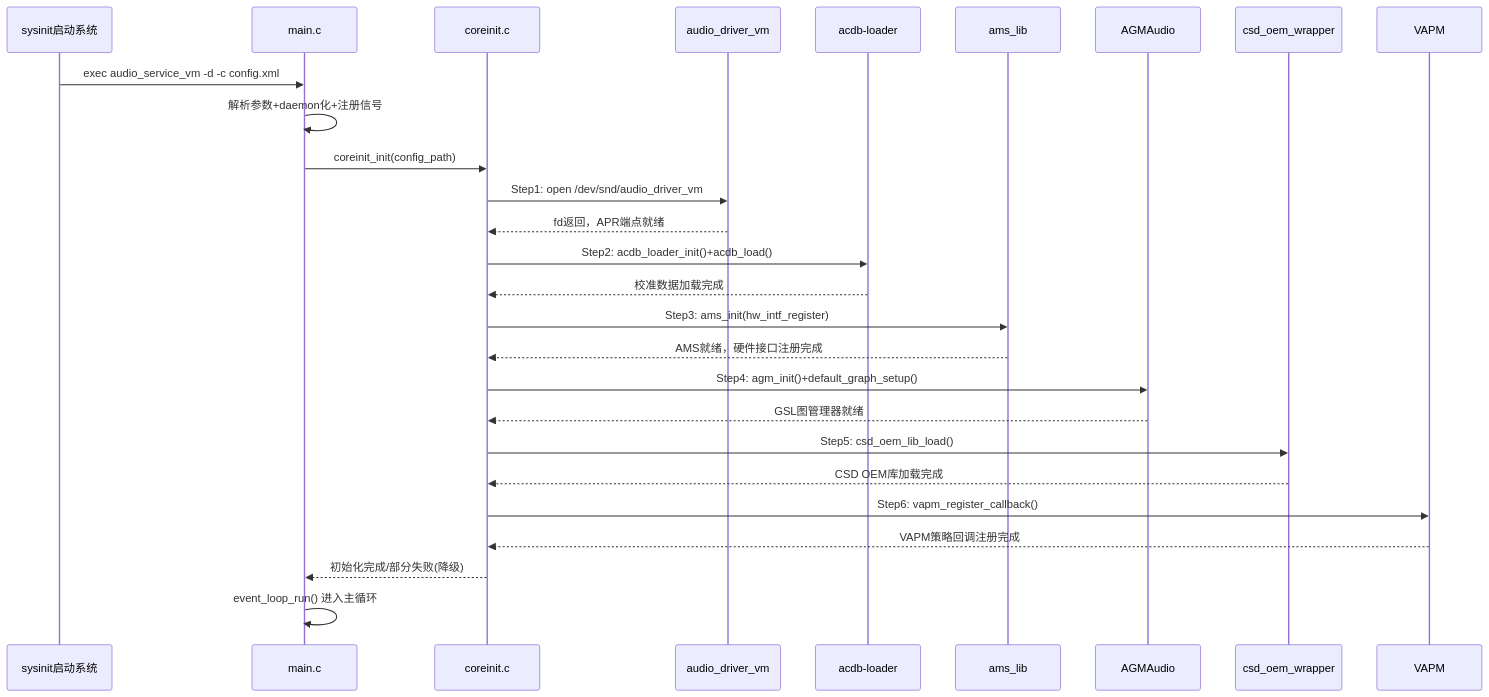
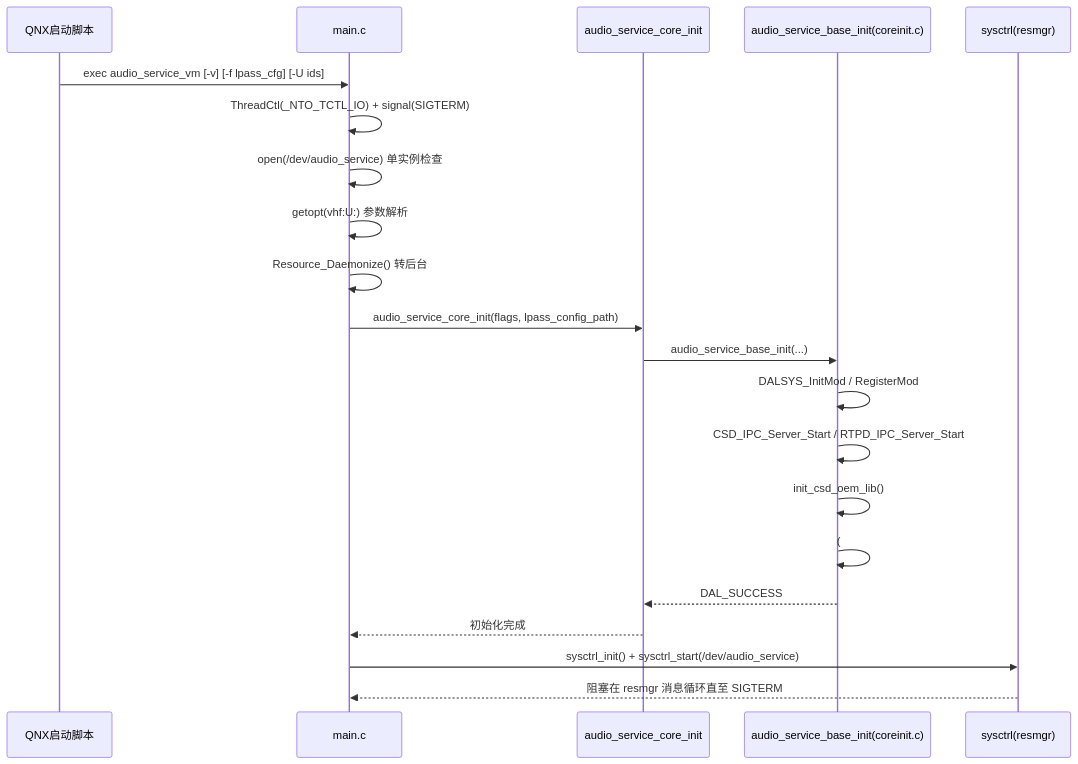
One commit to yanglinzhen1022/SA8295_AAOS_QNX_Audio_KnowledgeBase changed the third of 11 diagrams in 16_Vendor_QNX_Architecture/16_16.17_QNX_audio_service_vm_VM音频服务.md. Above: the diagram before and after it, drawn with Mermaid. The commit also changed other lines of this file and 48 other files, not shown here.

````diff
--- a/16_Vendor_QNX_Architecture/16_16.17_QNX_audio_service_vm_VM音频服务.md
+++ b/16_Vendor_QNX_Architecture/16_16.17_QNX_audio_service_vm_VM音频服务.md
@@ -215,37 +205,24 @@
 ```mermaid
 sequenceDiagram
-    participant sysinit as sysinit启动系统
+    participant boot as QNX启动脚本
     participant main as main.c
-    participant coreinit as coreinit.c
-    participant driver as audio_driver_vm
-    participant acdb as acdb-loader
-    participant ams as ams_lib
-    participant agm as AGMAudio
-    participant csd as csd_oem_wrapper
-    participant vapm as VAPM
+    participant core as audio_service_core_init
+    participant base as audio_service_base_init(coreinit.c)
+    participant sysctrl as sysctrl(resmgr)
 
-    sysinit->>main: exec audio_service_vm -d -c config.xml
-    main->>main: 解析参数+daemon化+注册信号
-    main->>coreinit: coreinit_init(config_path)
-    
-    coreinit->>driver: Step1: open /dev/snd/audio_driver_vm
-    driver-->>coreinit: fd返回，APR端点就绪
-    
-    coreinit->>acdb: Step2: acdb_loader_init()+acdb_load()
-    acdb-->>coreinit: 校准数据加载完成
-    
-    coreinit->>ams: Step3: ams_init(hw_intf_register)
-    ams-->>coreinit: AMS就绪，硬件接口注册完成
-    
-    coreinit->>agm: Step4: agm_init()+default_graph_setup()
-    agm-->>coreinit: GSL图管理器就绪
-    
-    coreinit->>csd: Step5: csd_oem_lib_load()
-    csd-->>coreinit: CSD OEM库加载完成
-    
-    coreinit->>vapm: Step6: vapm_register_callback()
-    vapm-->>coreinit: VAPM策略回调注册完成
-    
-    coreinit-->>main: 初始化完成/部分失败(降级)
-    main->>main: event_loop_run() 进入主循环
+    boot->>main: exec audio_service_vm [-v] [-f lpass_cfg] [-U ids]
+    main->>main: ThreadCtl(_NTO_TCTL_IO) + signal(SIGTERM)
+    main->>main: open(/dev/audio_service) 单实例检查
+    main->>main: getopt(vhf:U:) 参数解析
+    main->>main: Resource_Daemonize() 转后台
+    main->>core: audio_service_core_init(flags, lpass_config_path)
+    core->>base: audio_service_base_init(...)
+    base->>base: DALSYS_InitMod / RegisterMod
+    base->>base: CSD_IPC_Server_Start / RTPD_IPC_Server_Start
+    base->>base: init_csd_oem_lib()
+    base->>base: (#ifdef ENABLE_AUDIO_BACKEND) aprv2_vm_init/…/vapm_be_init
+    base-->>core: DAL_SUCCESS
+    core-->>main: 初始化完成
+    main->>sysctrl: sysctrl_init() + sysctrl_start(/dev/audio_service)
+    sysctrl-->>main: 阻塞在 resmgr 消息循环直至 SIGTERM
 ```
````
